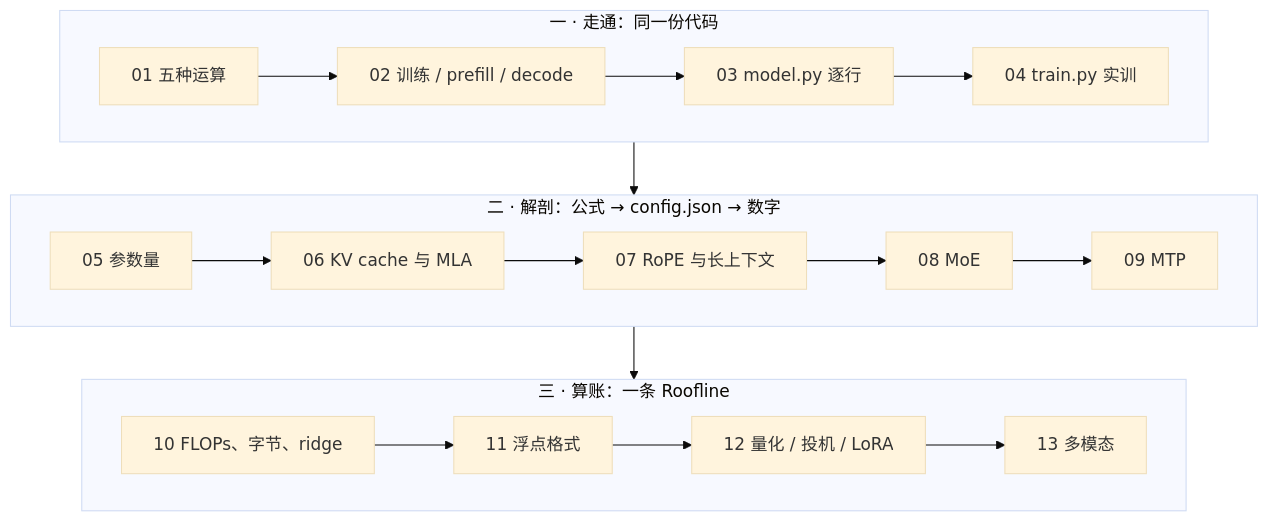
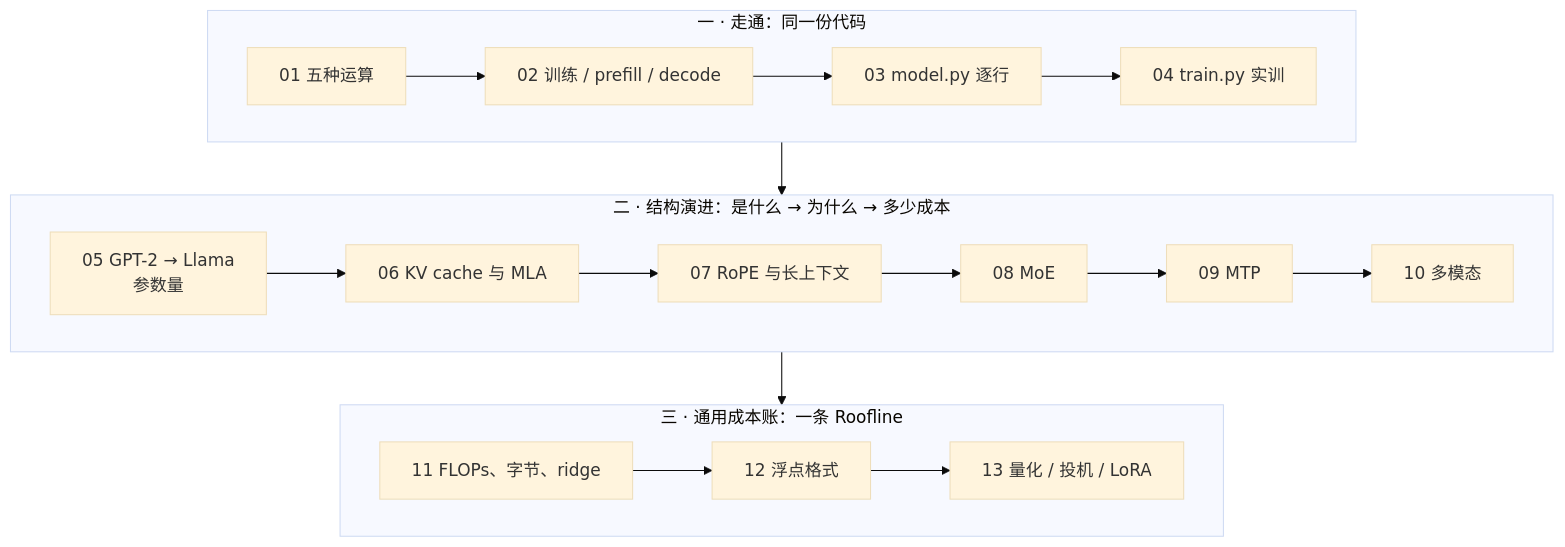
Before and after one commit to arganzheng/arganzheng.github.com: the first of 7 diagrams in slides/2026-04-09-transformer-and-llm.md, drawn with Mermaid (base theme). The commit also changed other lines of this file and 16 other files, not shown here.

````diff
--- a/slides/2026-04-09-transformer-and-llm.md
+++ b/slides/2026-04-09-transformer-and-llm.md
@@ -32,17 +32,17 @@
 ```mermaid
 %%{init: {"flowchart": {"wrappingWidth": 200}}}%%
 flowchart TB
     subgraph S1["一 · 走通：同一份代码"]
         direction LR
         P1["01 五种运算"] --> P2["02 训练 / prefill / decode"] --> P3["03 model.py 逐行"] --> P4["04 train.py 实训"]
     end
-    subgraph S2["二 · 解剖：公式 → config.json → 数字"]
+    subgraph S2["二 · 结构演进：是什么 → 为什么 → 多少成本"]
         direction LR
-        P5["05 参数量"] --> P6["06 KV cache 与 MLA"] --> P7["07 RoPE 与长上下文"] --> P8["08 MoE"] --> P9["09 MTP"]
+        P5["05 GPT-2 → Llama<br/>参数量"] --> P6["06 KV cache 与 MLA"] --> P7["07 RoPE 与长上下文"] --> P8["08 MoE"] --> P9["09 MTP"] --> P10["10 多模态"]
     end
-    subgraph S3["三 · 算账：一条 Roofline"]
+    subgraph S3["三 · 通用成本账：一条 Roofline"]
         direction LR
-        P10["10 FLOPs、字节、ridge"] --> P11["11 浮点格式"] --> P12["12 量化 / 投机 / LoRA"] --> P13["13 多模态"]
+        P11["11 FLOPs、字节、ridge"] --> P12["12 浮点格式"] --> P13["13 量化 / 投机 / LoRA"]
     end
     S1 --> S2 --> S3
 ```
````
